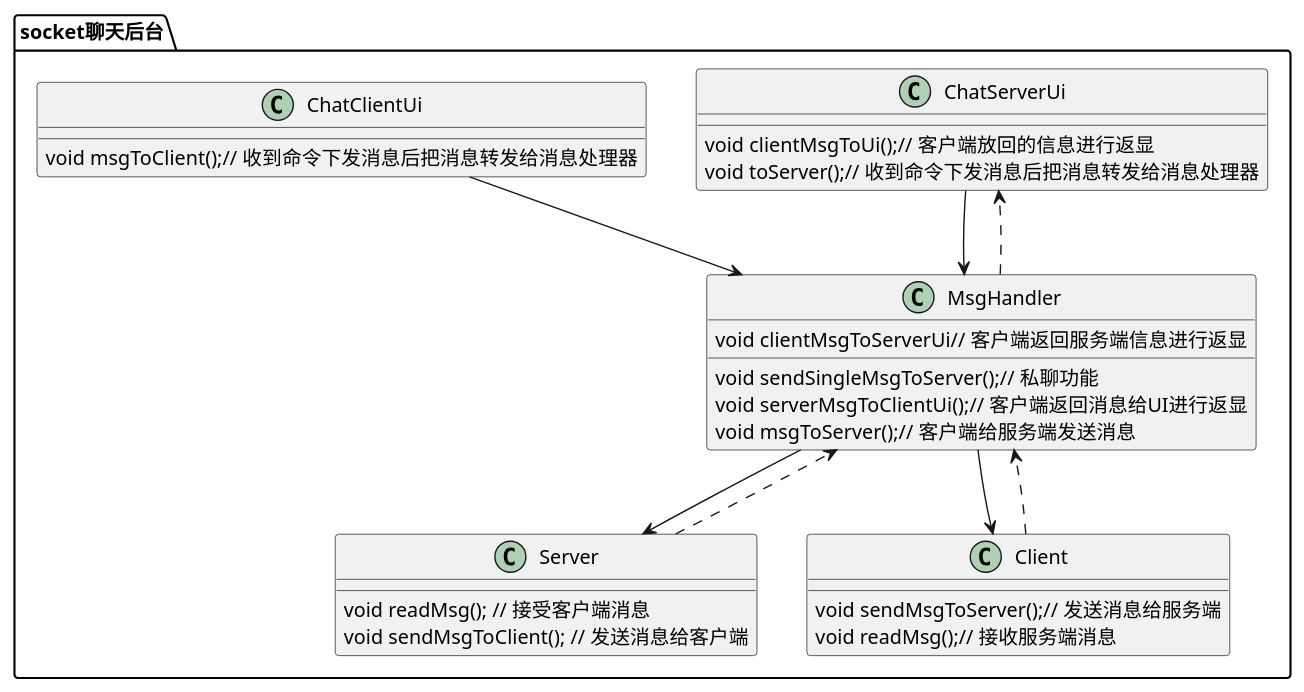
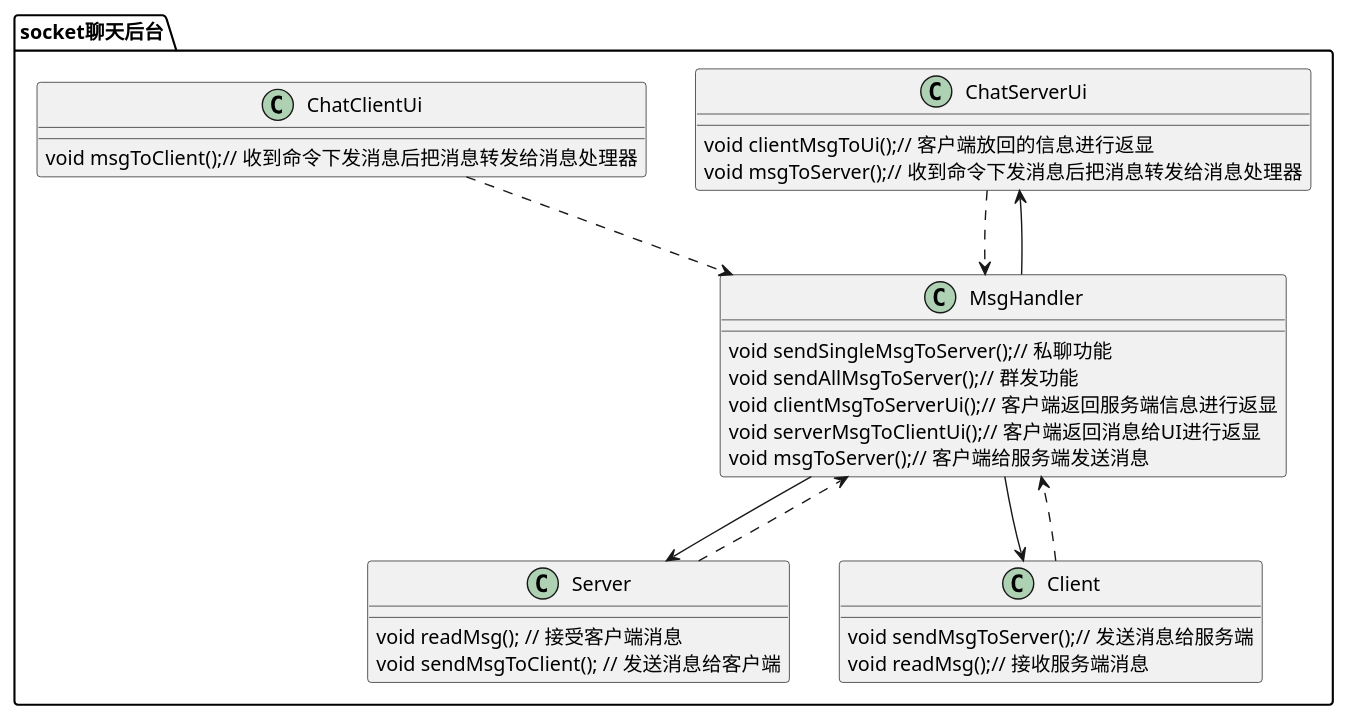
One commit to markYcw/socket changed the diagram in src/main/java/com/example/demo/utils/SocketDemoClassUml.puml. Above: the diagram before and after it, drawn with PlantUML. The commit also changed 1 other file, not shown here.

```diff
--- a/src/main/java/com/example/demo/utils/SocketDemoClassUml.puml
+++ b/src/main/java/com/example/demo/utils/SocketDemoClassUml.puml
@@ -1,39 +1,41 @@
 @startuml
 
 package socket聊天后台{
 
     class ChatServerUi {
         void clientMsgToUi();// 客户端放回的信息进行返显
-        void toServer();// 收到命令下发消息后把消息转发给消息处理器
+        void msgToServer();// 收到命令下发消息后把消息转发给消息处理器
     }
 
     class MsgHandler {
         void sendSingleMsgToServer();// 私聊功能
+        void sendAllMsgToServer();// 群发功能
+        void clientMsgToServerUi();// 客户端返回服务端信息进行返显
         void serverMsgToClientUi();// 客户端返回消息给UI进行返显
         void msgToServer();// 客户端给服务端发送消息
-        void clientMsgToServerUi// 客户端返回服务端信息进行返显
+
     }
 
     class Server {
         void readMsg(); // 接受客户端消息
         void sendMsgToClient(); // 发送消息给客户端
     }
 
     class Client {
         void sendMsgToServer();// 发送消息给服务端
         void readMsg();// 接收服务端消息
     }
 
     class ChatClientUi {
         void msgToClient();// 收到命令下发消息后把消息转发给消息处理器
     }
-    ChatServerUi --> MsgHandler
+    ChatServerUi ..> MsgHandler
     MsgHandler --> Server
     Client..> MsgHandler
-    ChatClientUi--> MsgHandler
+    ChatClientUi..> MsgHandler
     MsgHandler --> Client
     Server..> MsgHandler
-    MsgHandler..> ChatServerUi
+    MsgHandler--> ChatServerUi
 
 }
 @enduml
```
